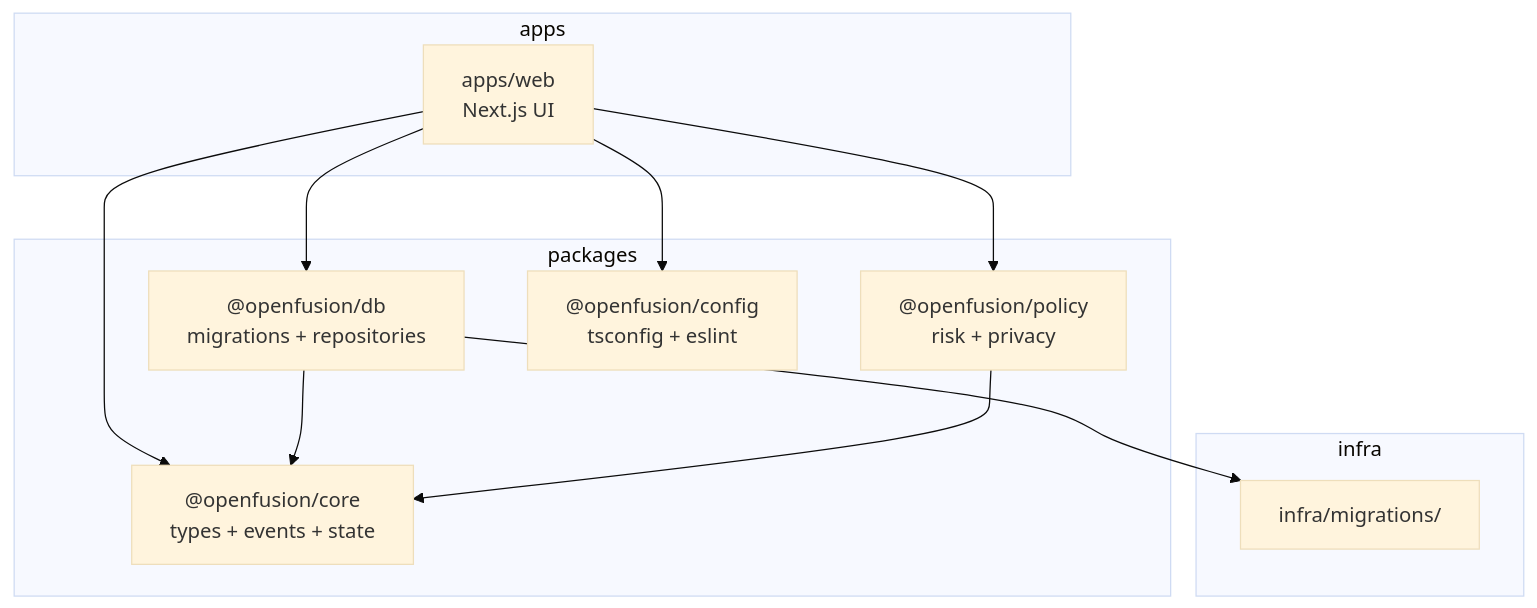
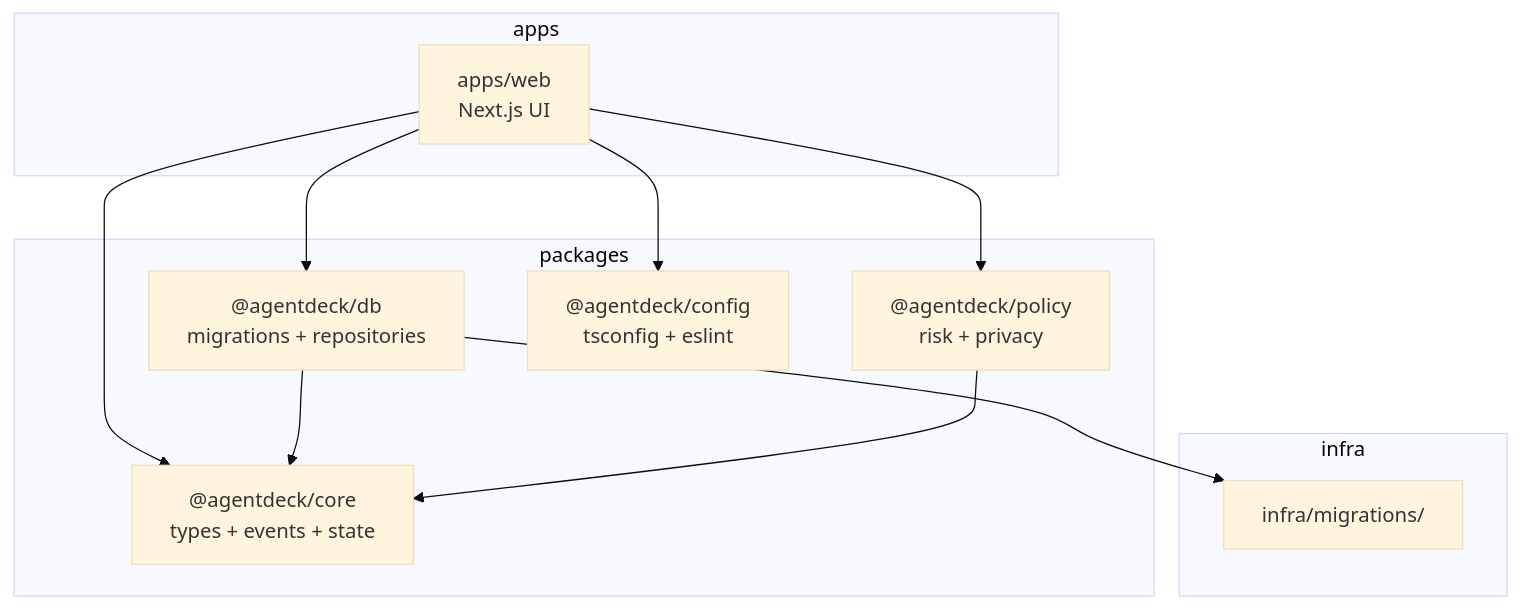
One commit to itsVijayCoder/agentDeck changed the diagram in Docs/PHASES/PHASE_01_MONOREPO.md. Above: the diagram before and after it, drawn with Mermaid (base theme). The commit also changed other lines of this file and 86 other files, not shown here.

````diff
--- a/Docs/PHASES/PHASE_01_MONOREPO.md
+++ b/Docs/PHASES/PHASE_01_MONOREPO.md
@@ -54,25 +54,25 @@
 ```mermaid
 flowchart TB
   subgraph apps
     Web[apps/web<br/>Next.js UI]
   end
 
   subgraph packages
-    Core["@openfusion/core<br/>types + events + state"]
-    DB["@openfusion/db<br/>migrations + repositories"]
-    Policy["@openfusion/policy<br/>risk + privacy"]
-    Config["@openfusion/config<br/>tsconfig + eslint"]
+    Core["@agentdeck/core<br/>types + events + state"]
+    DB["@agentdeck/db<br/>migrations + repositories"]
+    Policy["@agentdeck/policy<br/>risk + privacy"]
+    Config["@agentdeck/config<br/>tsconfig + eslint"]
   end
 
   subgraph infra
     Migrations[infra/migrations/]
   end
 
   Web --> Core
   Web --> DB
   Web --> Policy
   Web --> Config
   DB --> Core
   Policy --> Core
   DB --> Migrations
 ```
````
